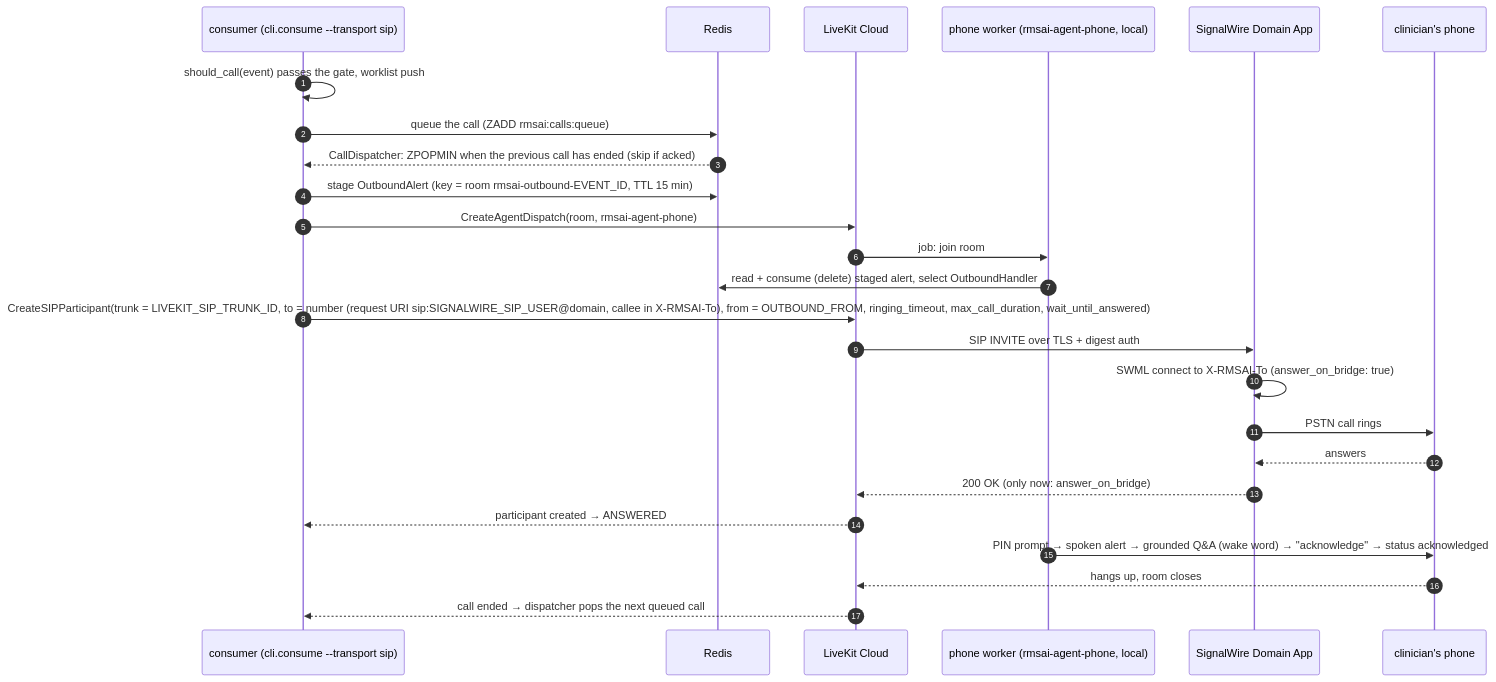
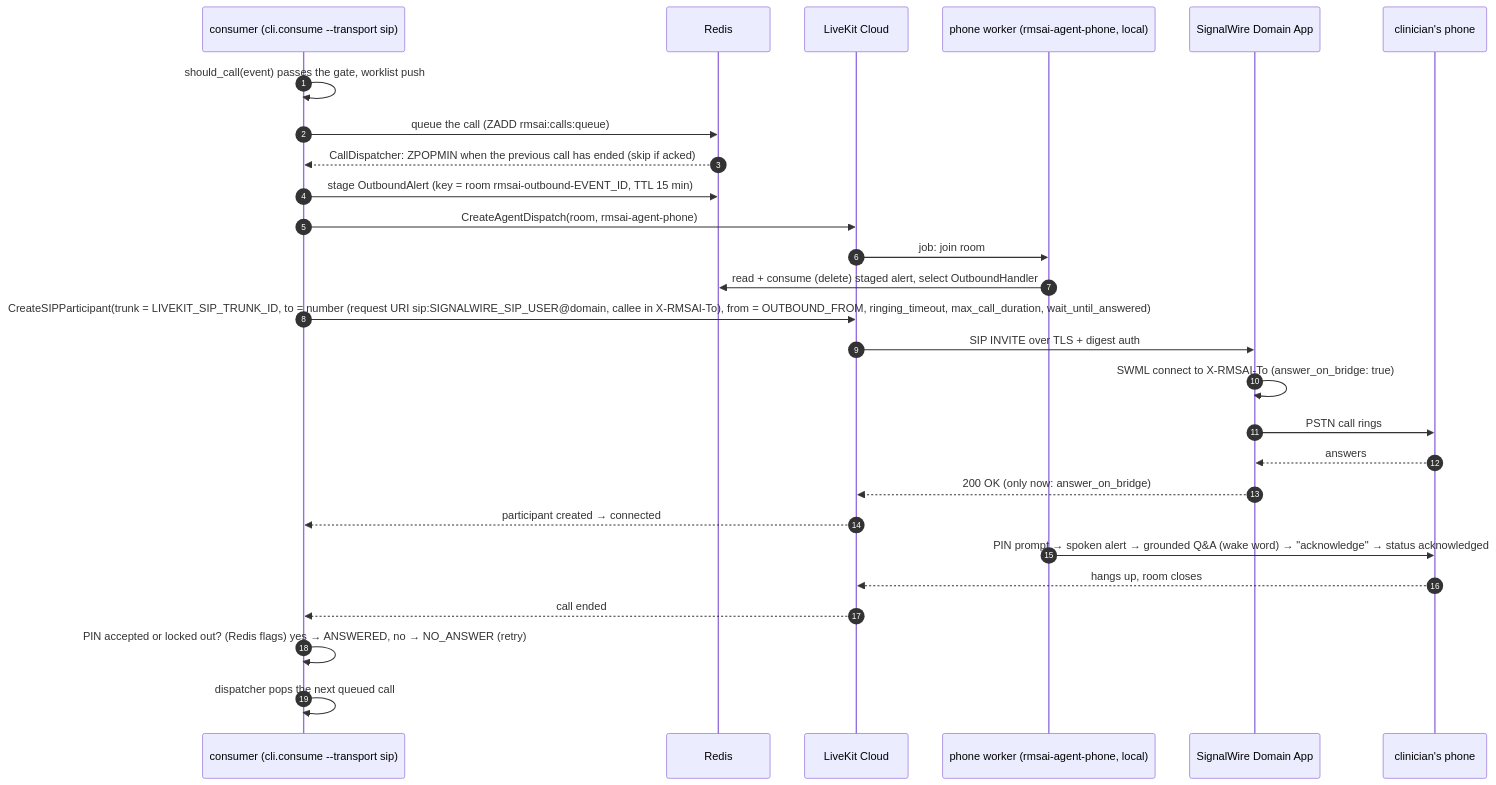
The fourth of 5 diagrams in ARCHITECTURE.md (crtx-sg/rmsai-relay), drawn with Mermaid before and after one commit. The commit also changed other lines of this file and 10 other files, not shown here.

First line of the commit message:
Docs: no-PIN pickup is a missed call, fresh room per redial, keypad PIN, protocol answers

````diff
--- a/ARCHITECTURE.md
+++ b/ARCHITECTURE.md
@@ -557,27 +581,29 @@
 ```mermaid
 sequenceDiagram
     autonumber
     participant C as consumer (cli.consume --transport sip)
     participant R as Redis
     participant LK as LiveKit Cloud
     participant W as phone worker (rmsai-agent-phone, local)
     participant SW as SignalWire Domain App
     participant P as clinician's phone
     C->>C: should_call(event) passes the gate, worklist push
     C->>R: queue the call (ZADD rmsai:calls:queue)
     R-->>C: CallDispatcher: ZPOPMIN when the previous call has ended (skip if acked)
     C->>R: stage OutboundAlert (key = room rmsai-outbound-EVENT_ID, TTL 15 min)
     C->>LK: CreateAgentDispatch(room, rmsai-agent-phone)
     LK->>W: job: join room
     W->>R: read + consume (delete) staged alert, select OutboundHandler
     C->>LK: CreateSIPParticipant(trunk = LIVEKIT_SIP_TRUNK_ID, to = number (request URI sip:SIGNALWIRE_SIP_USER@domain, callee in X-RMSAI-To), from = OUTBOUND_FROM, ringing_timeout, max_call_duration, wait_until_answered)
     LK->>SW: SIP INVITE over TLS + digest auth
     SW->>SW: SWML connect to X-RMSAI-To (answer_on_bridge: true)
     SW->>P: PSTN call rings
     P-->>SW: answers
     SW-->>LK: 200 OK (only now: answer_on_bridge)
-    LK-->>C: participant created → ANSWERED
+    LK-->>C: participant created → connected
     W->>P: PIN prompt → spoken alert → grounded Q&A (wake word) → "acknowledge" → status acknowledged
     P-->>LK: hangs up, room closes
-    LK-->>C: call ended → dispatcher pops the next queued call
+    LK-->>C: call ended
+    C->>C: PIN accepted or locked out? (Redis flags) yes → ANSWERED, no → NO_ANSWER (retry)
+    C->>C: dispatcher pops the next queued call
 ```
````
